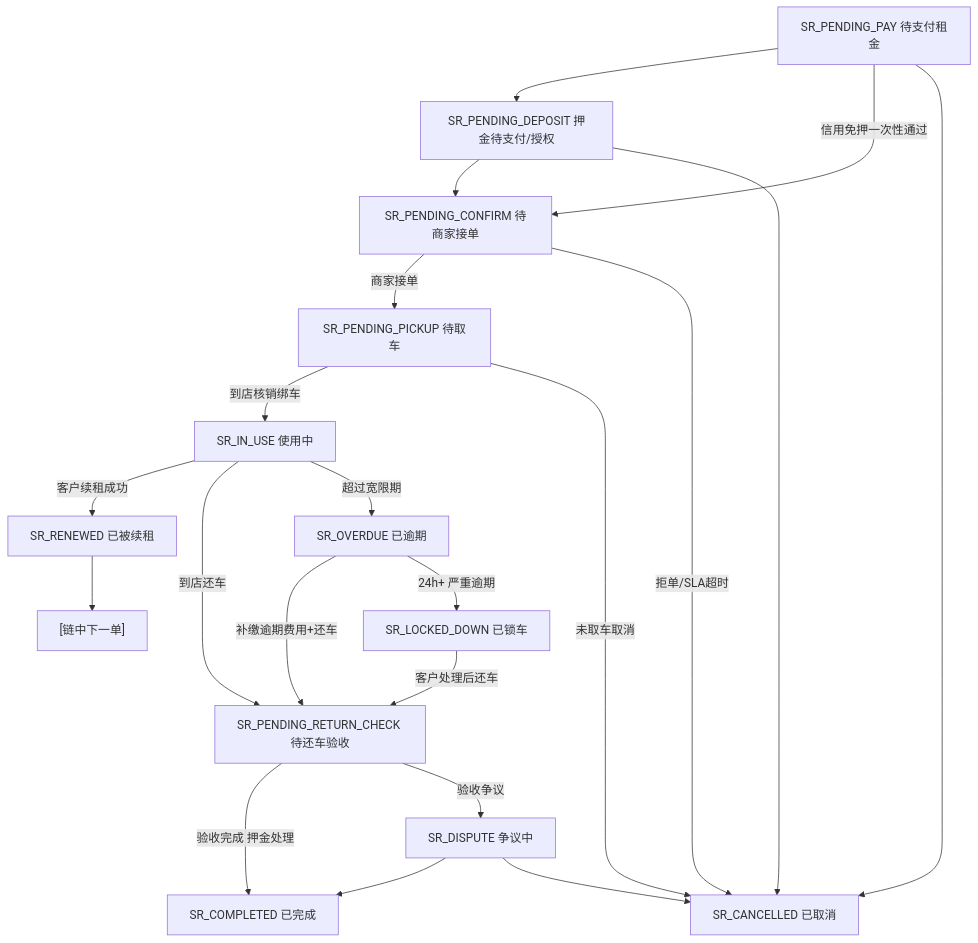
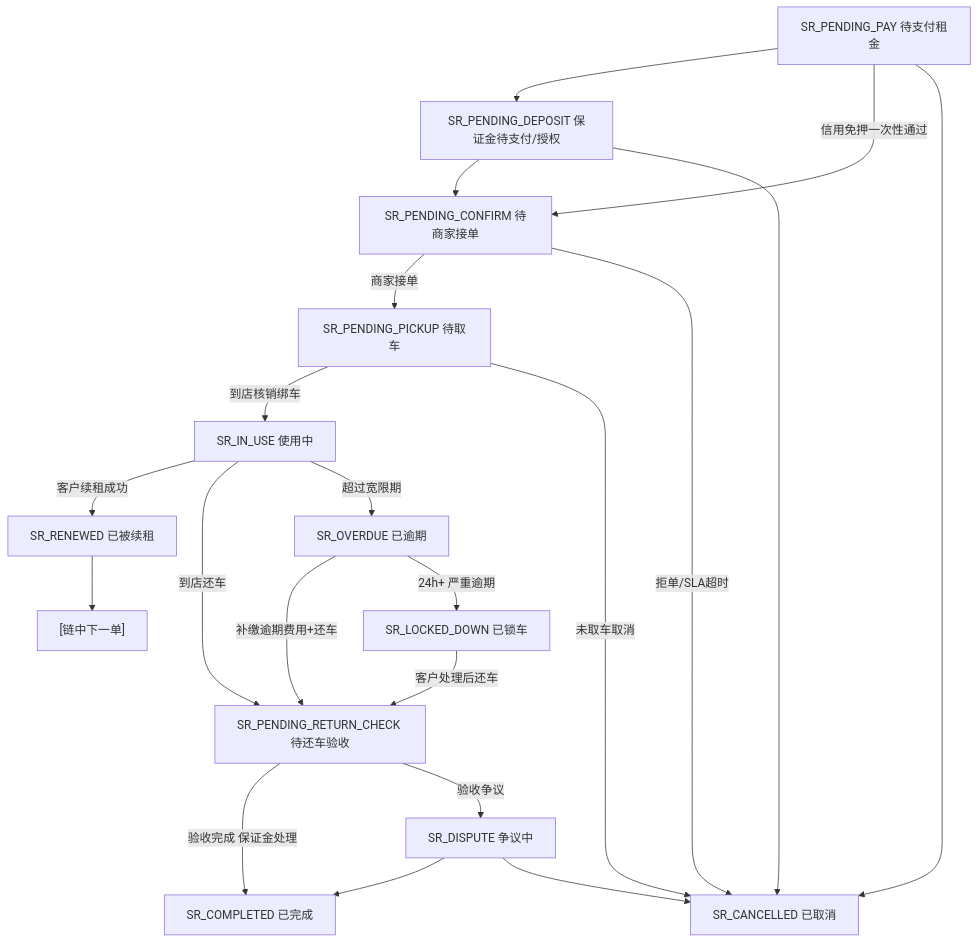
Before and after one commit to joezjyan-bot/mandian-prd: the second of 2 diagrams in PRD/V0.2/modules/全局/02_状态字典与订单状态机.md, drawn with Mermaid. The commit also changed other lines of this file and 29 other files, not shown here.

````diff
--- a/PRD/V0.2/modules/全局/02_状态字典与订单状态机.md
+++ b/PRD/V0.2/modules/全局/02_状态字典与订单状态机.md
@@ -209,23 +218,23 @@
 ```mermaid
 flowchart TD
-    A["SR_PENDING_PAY 待支付租金"] --> B["SR_PENDING_DEPOSIT 押金待支付/授权"]
+    A["SR_PENDING_PAY 待支付租金"] --> B["SR_PENDING_DEPOSIT 保证金待支付/授权"]
     A -->|信用免押一次性通过| C["SR_PENDING_CONFIRM 待商家接单"]
     B --> C
     C -->|商家接单| D["SR_PENDING_PICKUP 待取车"]
     C -->|拒单/SLA超时| X1["SR_CANCELLED 已取消"]
     D -->|到店核销绑车| E["SR_IN_USE 使用中"]
     D -->|未取车取消| X1
     E -->|客户续租成功| F["SR_RENEWED 已被续租"]
     E -->|到店还车| G["SR_PENDING_RETURN_CHECK 待还车验收"]
     E -->|超过宽限期| H["SR_OVERDUE 已逾期"]
     H -->|补缴逾期费用+还车| G
     H -->|24h+ 严重逾期| I["SR_LOCKED_DOWN 已锁车"]
     I -->|客户处理后还车| G
     F --> J["[链中下一单]"]
-    G -->|验收完成 押金处理| K["SR_COMPLETED 已完成"]
+    G -->|验收完成 保证金处理| K["SR_COMPLETED 已完成"]
     G -->|验收争议| Y["SR_DISPUTE 争议中"]
     Y --> K
     Y --> X1
     A --> X1
     B --> X1
 ```
````
